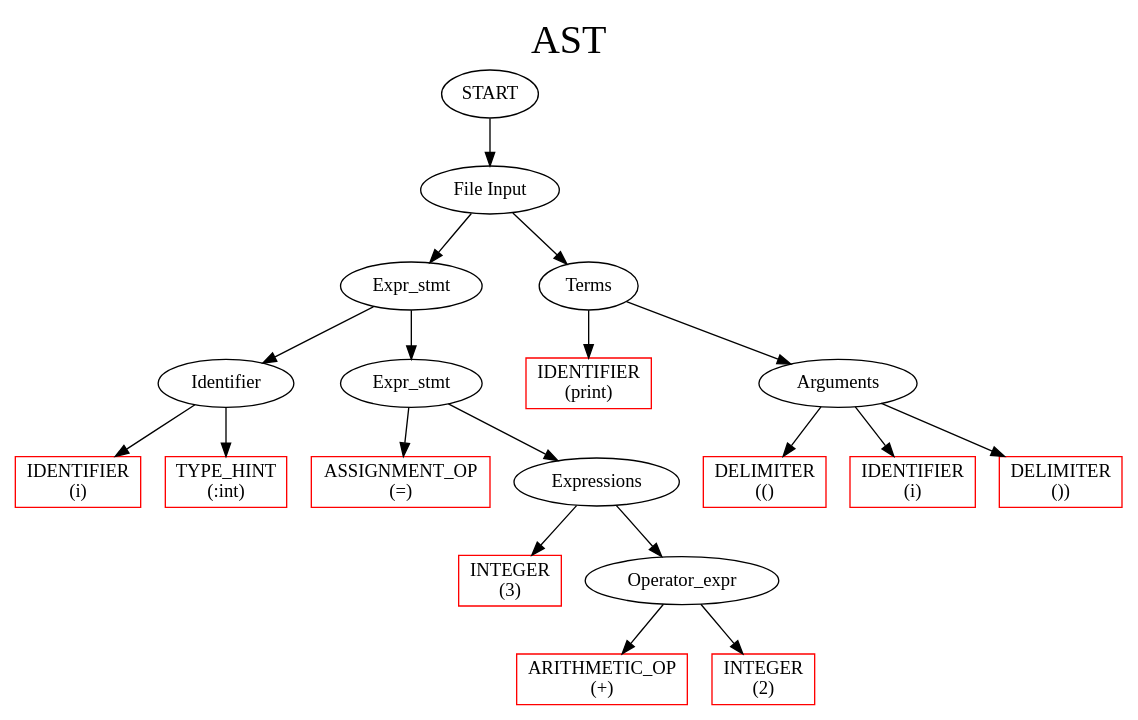
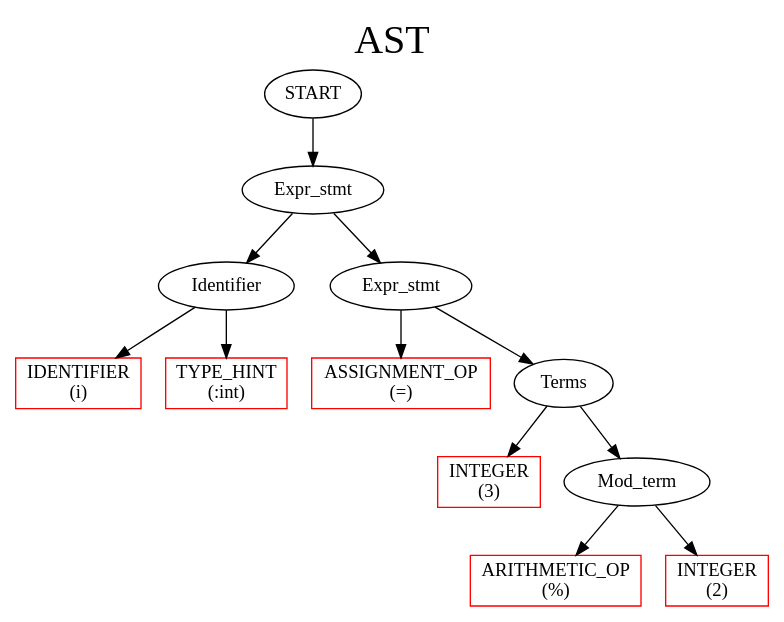
One commit to depanshu357/CS335-Compiler changed the diagram in output.dot. Above: the diagram before and after it, drawn with Graphviz. The commit also changed 5 other files, not shown here.

```diff
--- a/output.dot
+++ b/output.dot
@@ -1,56 +1,38 @@
 digraph G{
 
 label     = "AST"
 fontname  = "Cascadia code"
 fontsize  = 30
 labelloc  = t
 
 node   [ fontname="Cascadia code" ]
-	61		[ style = solid label = "START"  ];
-	61 -> 60
-	60		[ style = solid label = "File Input"  ];
-	60 -> 31
+	34		[ style = solid label = "START"  ];
+	34 -> 31
 	31		[ style = solid label = "Expr_stmt"  ];
 	31 -> 2
 	2		[ style = solid label = "Identifier"  ];
 	2 -> 0
 	0		[ style = solid label = "IDENTIFIER 
 (i)" color = red shape = rectangle ];
 	2 -> 1
 	1		[ style = solid label = "TYPE_HINT 
 (:int)" color = red shape = rectangle ];
 	31 -> 30
 	30		[ style = solid label = "Expr_stmt"  ];
 	30 -> 3
 	3		[ style = solid label = "ASSIGNMENT_OP 
 (=)" color = red shape = rectangle ];
-	30 -> 22
-	22		[ style = solid label = "Expressions"  ];
-	22 -> 14
+	30 -> 21
+	21		[ style = solid label = "Terms"  ];
+	21 -> 14
 	14		[ style = solid label = "INTEGER 
 (3)" color = red shape = rectangle ];
-	22 -> 21
-	21		[ style = solid label = "Operator_expr"  ];
-	21 -> 15
+	21 -> 19
+	19		[ style = solid label = "Mod_term"  ];
+	19 -> 15
 	15		[ style = solid label = "ARITHMETIC_OP 
-(+)" color = red shape = rectangle ];
-	21 -> 18
-	18		[ style = solid label = "INTEGER 
+(%)" color = red shape = rectangle ];
+	19 -> 17
+	17		[ style = solid label = "INTEGER 
 (2)" color = red shape = rectangle ];
-	60 -> 48
-	48		[ style = solid label = "Terms"  ];
-	48 -> 33
-	33		[ style = solid label = "IDENTIFIER 
-(print)" color = red shape = rectangle ];
-	48 -> 46
-	46		[ style = solid label = "Arguments"  ];
-	46 -> 34
-	34		[ style = solid label = "DELIMITER 
-(()" color = red shape = rectangle ];
-	46 -> 35
-	35		[ style = solid label = "IDENTIFIER 
-(i)" color = red shape = rectangle ];
-	46 -> 36
-	36		[ style = solid label = "DELIMITER 
-())" color = red shape = rectangle ];
 }
```
